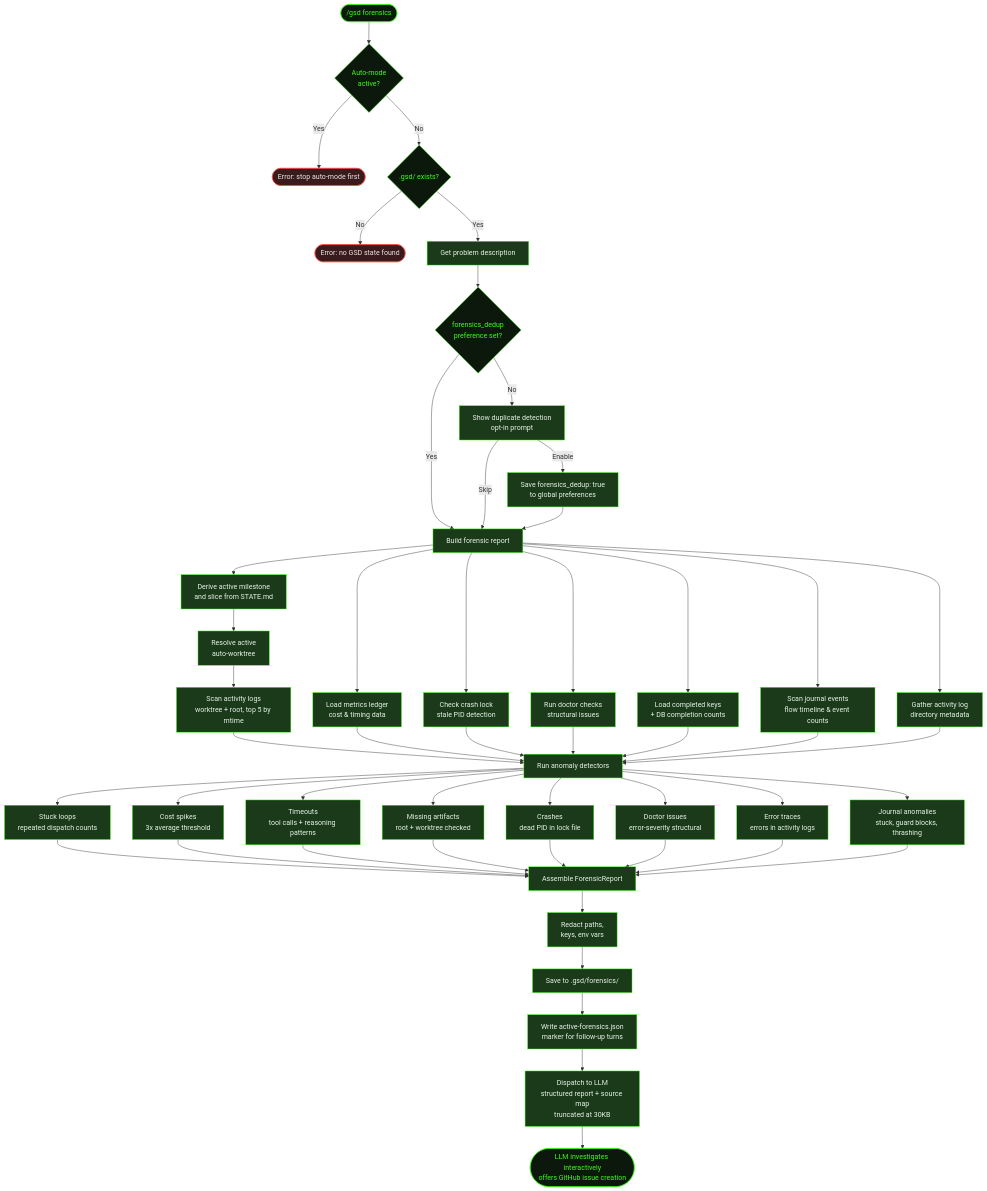
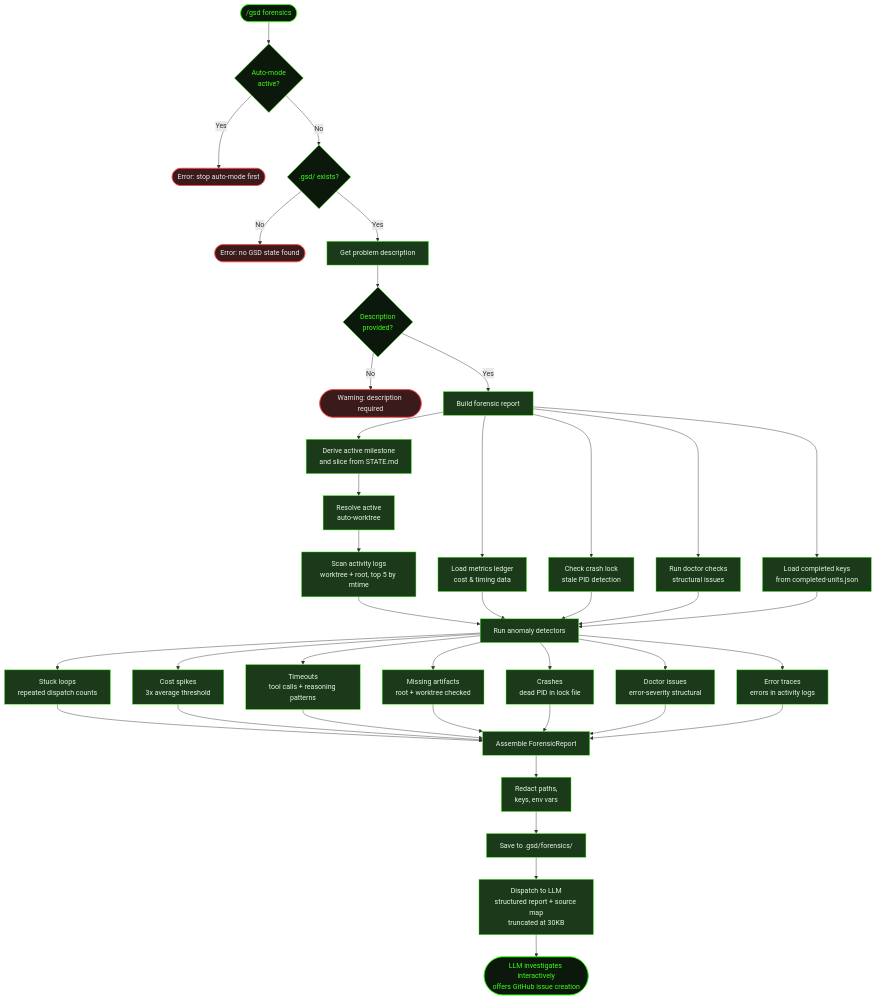
One commit to shusha-group/gsd2-guide changed the diagram in src/content/docs/commands/forensics.mdx. Above: the diagram before and after it, drawn with Mermaid. The commit also changed other lines of this file and 202 other files, not shown here.

````diff
--- a/src/content/docs/commands/forensics.mdx
+++ b/src/content/docs/commands/forensics.mdx
@@ -33,12 +33,9 @@
     GSD -->|No| NoState([Error: no GSD state found])
     GSD -->|Yes| Prompt[Get problem description]
 
-    Prompt --> DedupPref{forensics_dedup<br/>preference set?}
-    DedupPref -->|Yes| Build[Build forensic report]
-    DedupPref -->|No| DedupChoice[Show duplicate detection<br/>opt-in prompt]
-    DedupChoice -->|Enable| SavePref[Save forensics_dedup: true<br/>to global preferences]
-    DedupChoice -->|Skip| Build
-    SavePref --> Build
+    Prompt --> Empty{Description<br/>provided?}
+    Empty -->|No| Warn([Warning: description required])
+    Empty -->|Yes| Build[Build forensic report]
 
     Build --> State[Derive active milestone<br/>and slice from STATE.md]
     State --> Worktree[Resolve active<br/>auto-worktree]
@@ -46,17 +43,13 @@
     Build --> Scan2[Load metrics ledger<br/>cost & timing data]
     Build --> Scan3[Check crash lock<br/>stale PID detection]
     Build --> Scan4[Run doctor checks<br/>structural issues]
-    Build --> Scan5[Load completed keys<br/>+ DB completion counts]
-    Build --> Scan6[Scan journal events<br/>flow timeline & event counts]
-    Build --> Scan7[Gather activity log<br/>directory metadata]
+    Build --> Scan5[Load completed keys<br/>from completed-units.json]
 
     Scan1 --> Detect[Run anomaly detectors]
     Scan2 --> Detect
     Scan3 --> Detect
     Scan4 --> Detect
     Scan5 --> Detect
-    Scan6 --> Detect
-    Scan7 --> Detect
 
     Detect --> D1[Stuck loops<br/>repeated dispatch counts]
     Detect --> D2[Cost spikes<br/>3x average threshold]
@@ -65,7 +58,6 @@
     Detect --> D5[Crashes<br/>dead PID in lock file]
     Detect --> D6[Doctor issues<br/>error-severity structural]
     Detect --> D7[Error traces<br/>errors in activity logs]
-    Detect --> D8[Journal anomalies<br/>stuck, guard blocks, thrashing]
 
     D1 --> Report[Assemble ForensicReport]
     D2 --> Report
@@ -74,23 +66,20 @@
     D5 --> Report
     D6 --> Report
     D7 --> Report
-    D8 --> Report
 
     Report --> Redact[Redact paths,<br/>keys, env vars]
     Redact --> Save[Save to .gsd/forensics/]
-    Save --> Marker[Write active-forensics.json<br/>marker for follow-up turns]
-    Marker --> Dispatch[Dispatch to LLM<br/>structured report + source map<br/>truncated at 30KB]
+    Save --> Dispatch[Dispatch to LLM<br/>structured report + source map<br/>truncated at 30KB]
     Dispatch --> LLM([LLM investigates interactively<br/>offers GitHub issue creation])
 
     style Start fill:#0d180d,stroke:#39ff14,color:#39ff14
     style Active fill:#0d180d,stroke:#39ff14,color:#39ff14
     style GSD fill:#0d180d,stroke:#39ff14,color:#39ff14
-    style DedupPref fill:#0d180d,stroke:#39ff14,color:#39ff14
+    style Empty fill:#0d180d,stroke:#39ff14,color:#39ff14
     style Blocked fill:#3a1a1a,stroke:#ff4444,color:#e8e8e8
     style NoState fill:#3a1a1a,stroke:#ff4444,color:#e8e8e8
+    style Warn fill:#3a1a1a,stroke:#ff4444,color:#e8e8e8
     style Prompt fill:#1a3a1a,stroke:#39ff14,color:#e8f4e8
-    style DedupChoice fill:#1a3a1a,stroke:#39ff14,color:#e8f4e8
-    style SavePref fill:#1a3a1a,stroke:#39ff14,color:#e8f4e8
     style Build fill:#1a3a1a,stroke:#39ff14,color:#e8f4e8
     style State fill:#1a3a1a,stroke:#39ff14,color:#e8f4e8
     style Worktree fill:#1a3a1a,stroke:#39ff14,color:#e8f4e8
@@ -99,8 +88,6 @@
     style Scan3 fill:#1a3a1a,stroke:#39ff14,color:#e8f4e8
     style Scan4 fill:#1a3a1a,stroke:#39ff14,color:#e8f4e8
     style Scan5 fill:#1a3a1a,stroke:#39ff14,color:#e8f4e8
-    style Scan6 fill:#1a3a1a,stroke:#39ff14,color:#e8f4e8
-    style Scan7 fill:#1a3a1a,stroke:#39ff14,color:#e8f4e8
     style Detect fill:#1a3a1a,stroke:#39ff14,color:#e8f4e8
     style D1 fill:#1a3a1a,stroke:#39ff14,color:#e8f4e8
     style D2 fill:#1a3a1a,stroke:#39ff14,color:#e8f4e8
@@ -109,11 +96,9 @@
     style D5 fill:#1a3a1a,stroke:#39ff14,color:#e8f4e8
     style D6 fill:#1a3a1a,stroke:#39ff14,color:#e8f4e8
     style D7 fill:#1a3a1a,stroke:#39ff14,color:#e8f4e8
-    style D8 fill:#1a3a1a,stroke:#39ff14,color:#e8f4e8
     style Report fill:#1a3a1a,stroke:#39ff14,color:#e8f4e8
     style Redact fill:#1a3a1a,stroke:#39ff14,color:#e8f4e8
     style Save fill:#1a3a1a,stroke:#39ff14,color:#e8f4e8
-    style Marker fill:#1a3a1a,stroke:#39ff14,color:#e8f4e8
     style Dispatch fill:#1a3a1a,stroke:#39ff14,color:#e8f4e8
     style LLM fill:#0d180d,stroke:#39ff14,color:#39ff14
 ```
````
